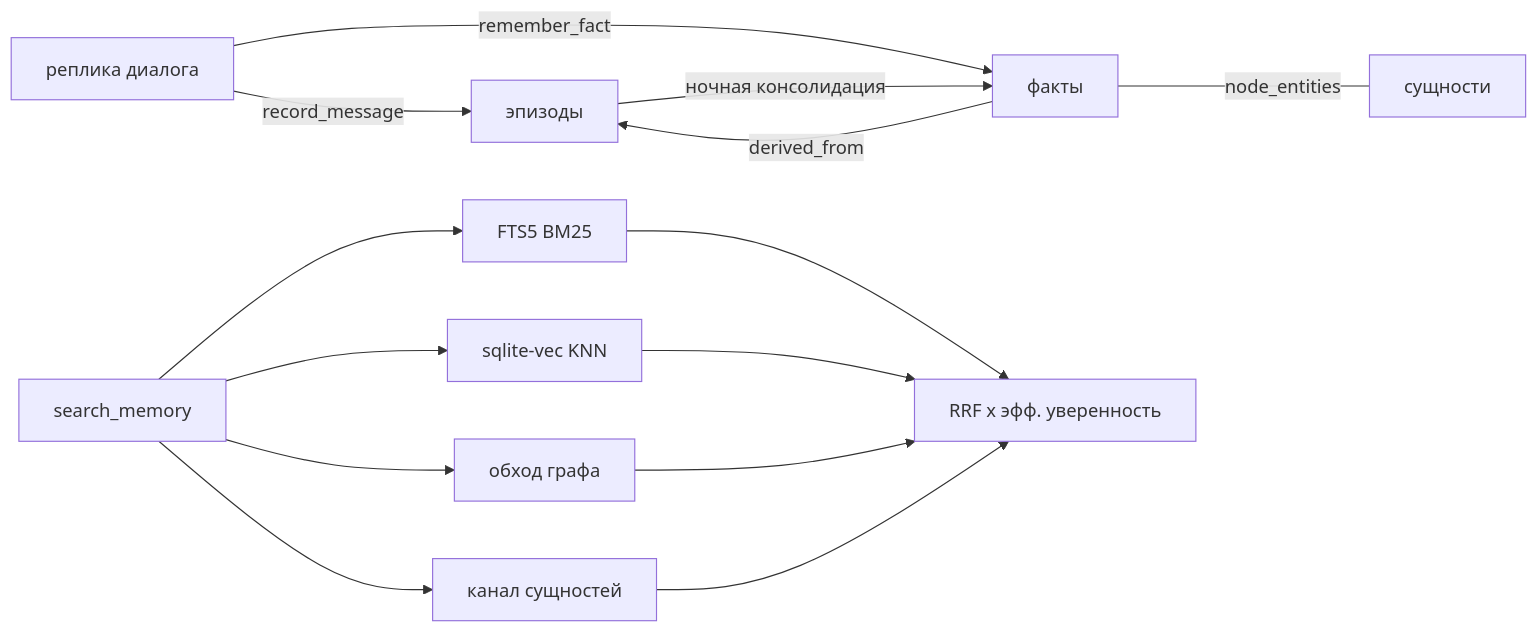
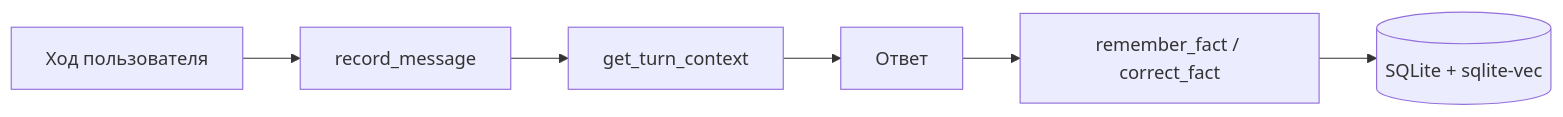
One commit to evrelse12/memory-mcp-server changed the first of 2 diagrams in README_ru.md. Above: the diagram before and after it, drawn with Mermaid. The commit also changed other lines of this file and 13 other files, not shown here.

````diff
--- a/README_ru.md
+++ b/README_ru.md
@@ -31,13 +84,8 @@
 ```mermaid
 flowchart LR
-  U[реплика диалога] -->|record_message| E[эпизоды]
-  U -->|remember_fact| F[факты]
-  E -->|ночная консолидация| F
-  F -->|derived_from| E
-  F ---|node_entities| N[сущности]
-  Q[search_memory] --> FTS[FTS5 BM25]
-  Q --> VEC[sqlite-vec KNN]
-  Q --> GR[обход графа]
-  Q --> ENT[канал сущностей]
-  FTS & VEC & GR & ENT --> RRF[RRF x эфф. уверенность]
+  U[Ход пользователя] --> R[record_message]
+  R --> C[get_turn_context]
+  C --> A[Ответ]
+  A --> S[remember_fact / correct_fact]
+  S --> DB[(SQLite + sqlite-vec)]
 ```
````
